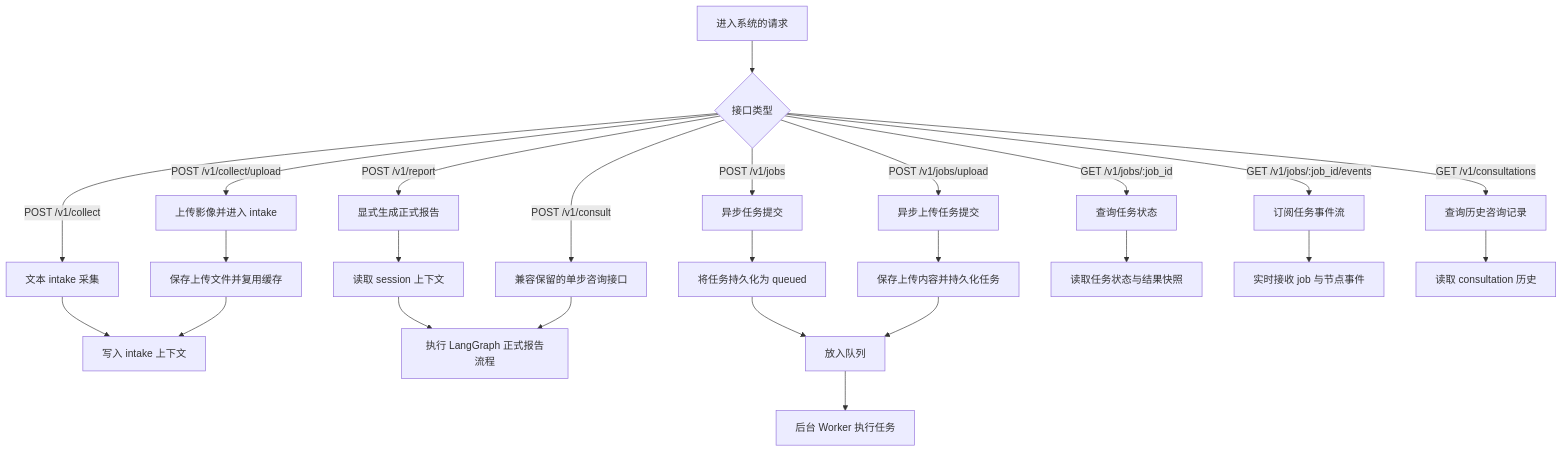
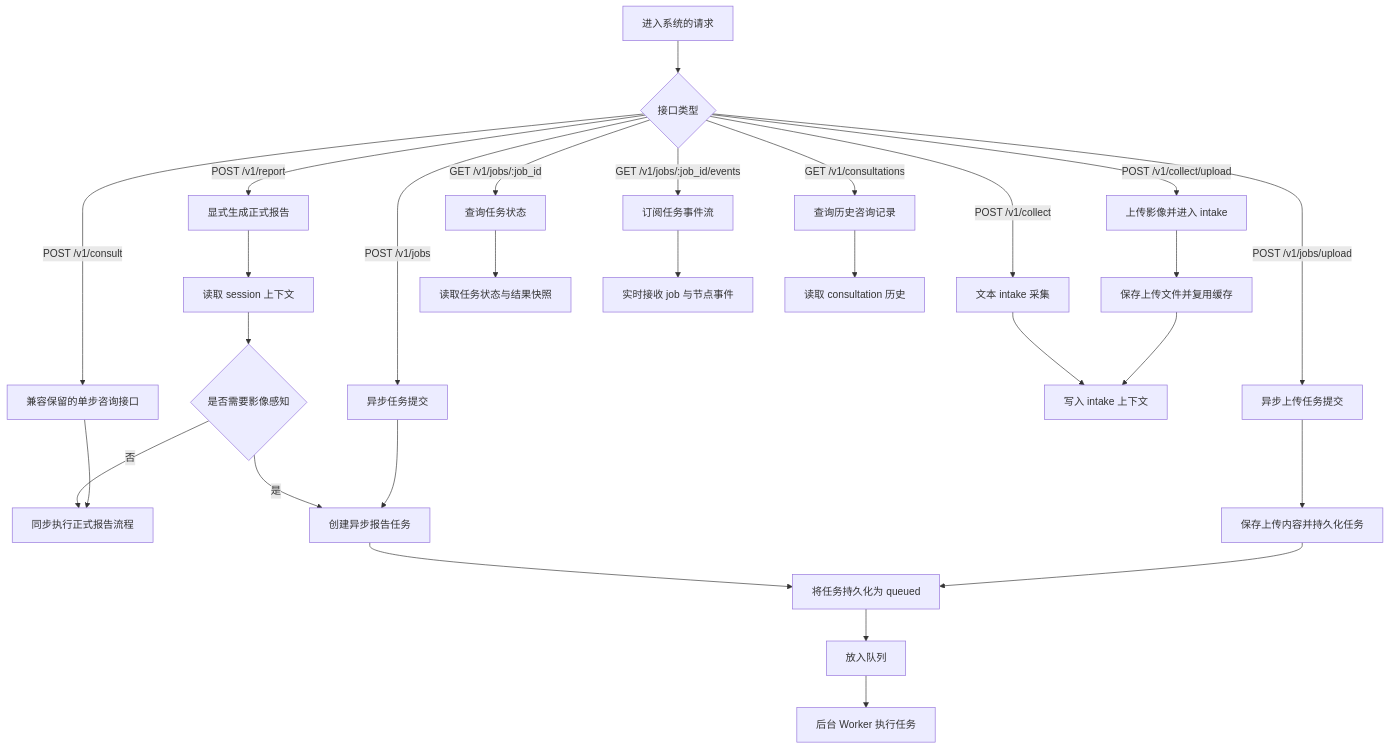
Before and after one commit to jiliguluhua/liver_rag: the second of 8 diagrams in docs/backend_architecture.md, drawn with Mermaid. The commit also changed other lines of this file and 1 other file, not shown here.

````diff
--- a/docs/backend_architecture.md
+++ b/docs/backend_architecture.md
@@ -32,32 +32,35 @@
 ```mermaid
 flowchart TD
     A[进入系统的请求] --> B{接口类型}
 
     B -->|POST /v1/collect| C[文本 intake 采集]
     B -->|POST /v1/collect/upload| D[上传影像并进入 intake]
     B -->|POST /v1/report| E[显式生成正式报告]
     B -->|POST /v1/consult| F[兼容保留的单步咨询接口]
     B -->|POST /v1/jobs| G[异步任务提交]
     B -->|POST /v1/jobs/upload| H[异步上传任务提交]
     B -->|GET /v1/jobs/:job_id| I[查询任务状态]
     B -->|GET /v1/jobs/:job_id/events| J[订阅任务事件流]
     B -->|GET /v1/consultations| K[查询历史咨询记录]
 
     C --> L[写入 intake 上下文]
     D --> M[保存上传文件并复用缓存]
     M --> L
 
     E --> N[读取 session 上下文]
-    N --> O[执行 LangGraph 正式报告流程]
+    N --> O{是否需要影像感知}
+    O -->|否| P[同步执行正式报告流程]
+    O -->|是| Q[创建异步报告任务]
 
-    F --> O
-    G --> P[将任务持久化为 queued]
-    H --> Q[保存上传内容并持久化任务]
-    P --> R[放入队列]
-    Q --> R
-    R --> S[后台 Worker 执行任务]
+    F --> P
+    G --> Q
+    H --> R[保存上传内容并持久化任务]
+    Q --> S[将任务持久化为 queued]
+    R --> S
+    S --> T[放入队列]
+    T --> U[后台 Worker 执行任务]
 
-    I --> T[读取任务状态与结果快照]
-    J --> U[实时接收 job 与节点事件]
-    K --> V[读取 consultation 历史]
+    I --> V[读取任务状态与结果快照]
+    J --> W[实时接收 job 与节点事件]
+    K --> X[读取 consultation 历史]
 ```
````
